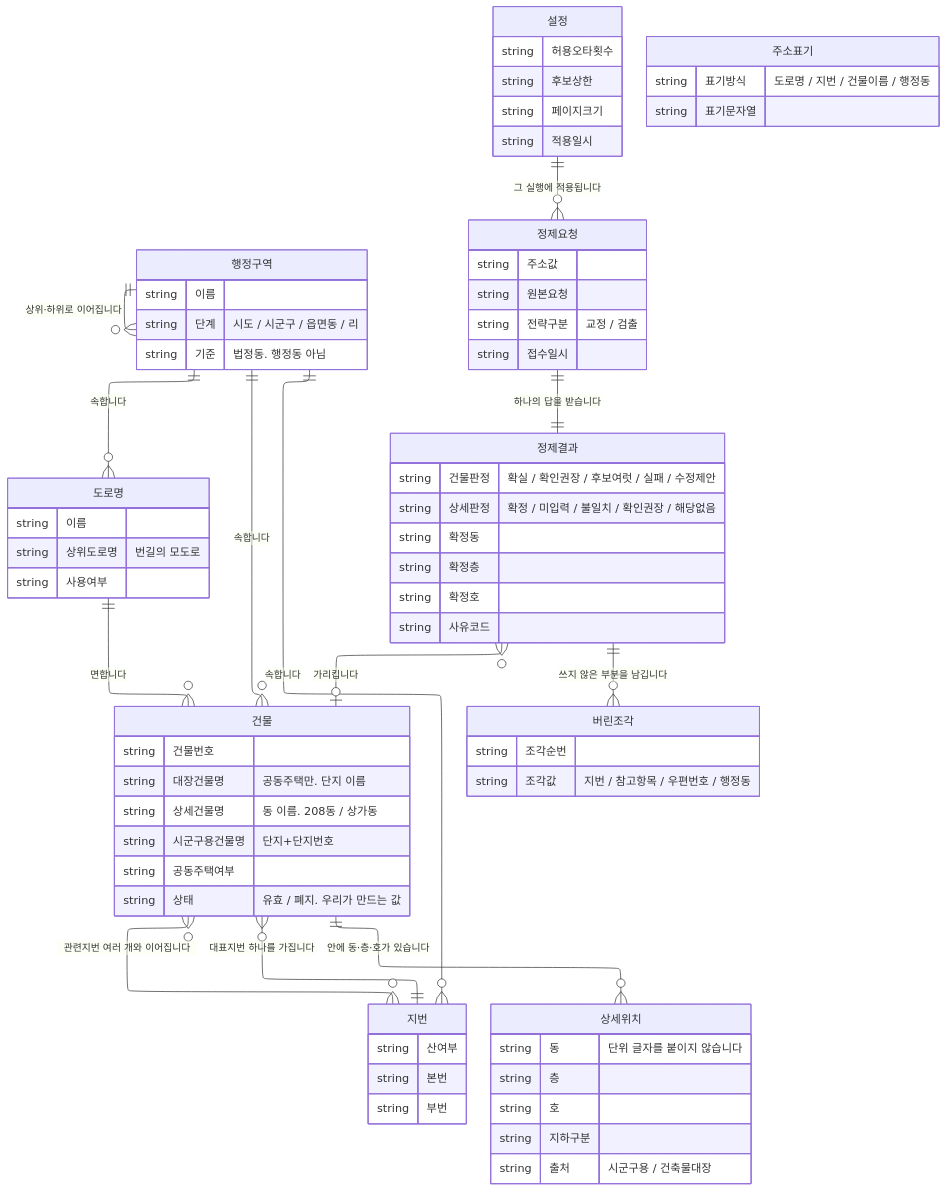
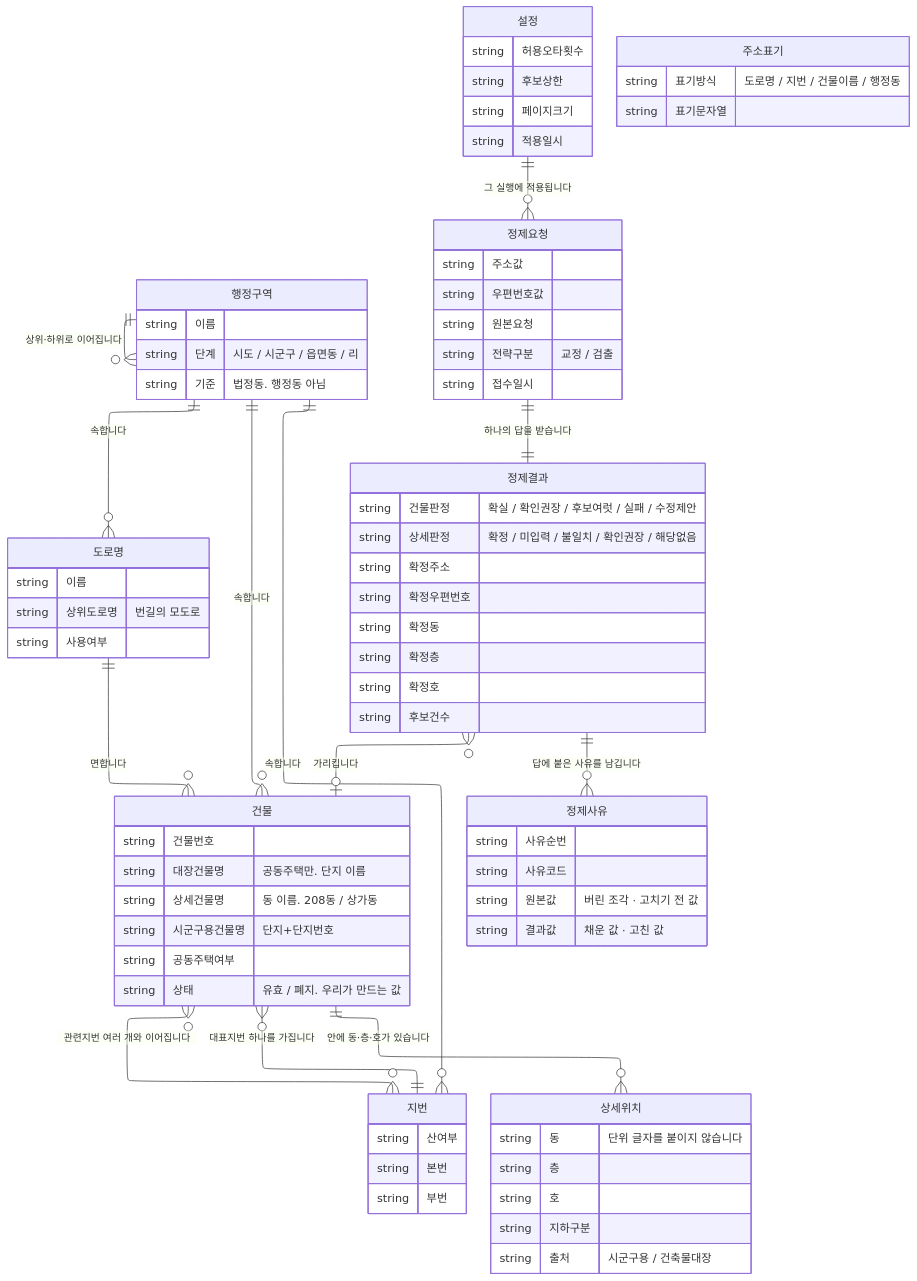
The first of 3 diagrams in design/02-data-model.md (buss-sooin/address-refine-diagnostics), drawn with Mermaid before and after one commit. The commit also changed other lines of this file and 6 other files, not shown here.

````diff
--- a/design/02-data-model.md
+++ b/design/02-data-model.md
@@ -54,7 +54,7 @@
 
     설정     ||--o{ 정제요청 : "그 실행에 적용됩니다"
     정제요청 ||--|| 정제결과 : "하나의 답을 받습니다"
-    정제결과 ||--o{ 버린조각 : "쓰지 않은 부분을 남깁니다"
+    정제결과 ||--o{ 정제사유 : "답에 붙은 사유를 남깁니다"
     정제결과 }o--o| 건물     : "가리킵니다"
 
 
@@ -100,6 +100,7 @@
     }
     정제요청 {
         string 주소값
+        string 우편번호값
         string 원본요청
         string 전략구분 "교정 / 검출"
         string 접수일시
@@ -107,13 +108,17 @@
     정제결과 {
         string 건물판정 "확실 / 확인권장 / 후보여럿 / 실패 / 수정제안"
         string 상세판정 "확정 / 미입력 / 불일치 / 확인권장 / 해당없음"
+        string 확정주소
+        string 확정우편번호
         string 확정동
         string 확정층
         string 확정호
+        string 후보건수
+    }
+    정제사유 {
+        string 사유순번
         string 사유코드
-    }
-    버린조각 {
-        string 조각순번
-        string 조각값 "지번 / 참고항목 / 우편번호 / 행정동"
+        string 원본값 "버린 조각 · 고치기 전 값"
+        string 결과값 "채운 값 · 고친 값"
     }
 ```
````
